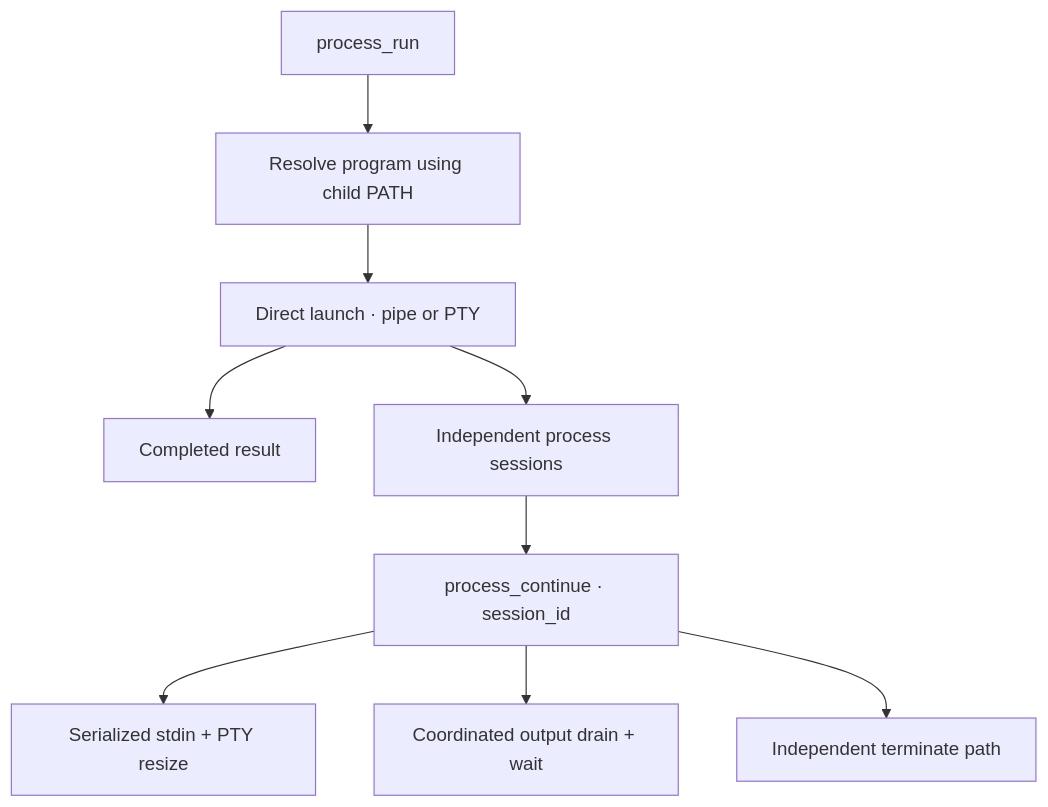
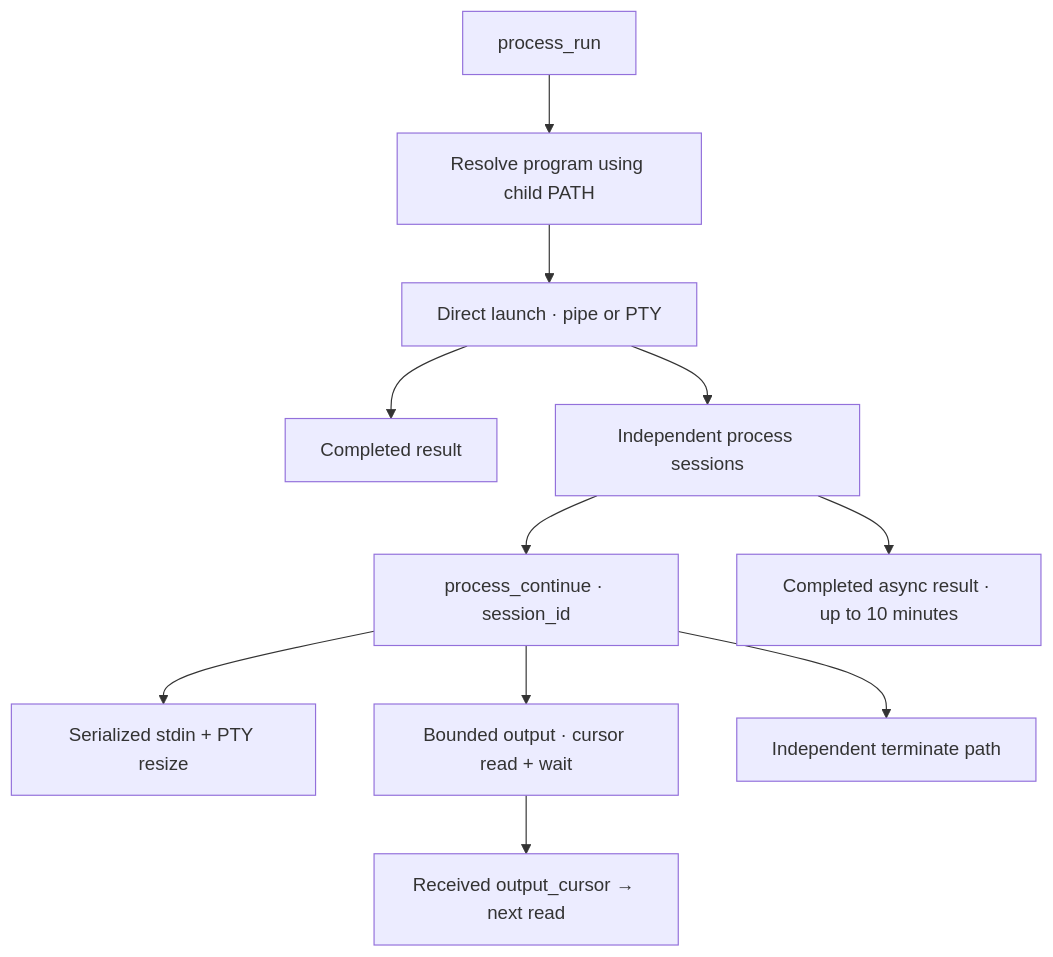
Before and after one commit to hicancan/local-runtime-mcp: the third of 7 diagrams in README.md, drawn with Mermaid. The commit also changed other lines of this file and 24 other files, not shown here.

````diff
--- a/README.md
+++ b/README.md
@@ -125,11 +125,13 @@
 ```mermaid
 flowchart TB
     Run[process_run] --> Resolve[Resolve program using child PATH]
     Resolve --> Launch[Direct launch · pipe or PTY]
     Launch --> Final[Completed result]
     Launch --> Sessions[Independent process sessions]
     Sessions --> Continue[process_continue · session_id]
     Continue --> Input[Serialized stdin + PTY resize]
-    Continue --> Output[Coordinated output drain + wait]
+    Continue --> Output[Bounded output · cursor read + wait]
+    Output --> Cursor[Received output_cursor → next read]
+    Sessions --> Retain[Completed async result · up to 10 minutes]
     Continue --> Stop[Independent terminate path]
 ```
````
